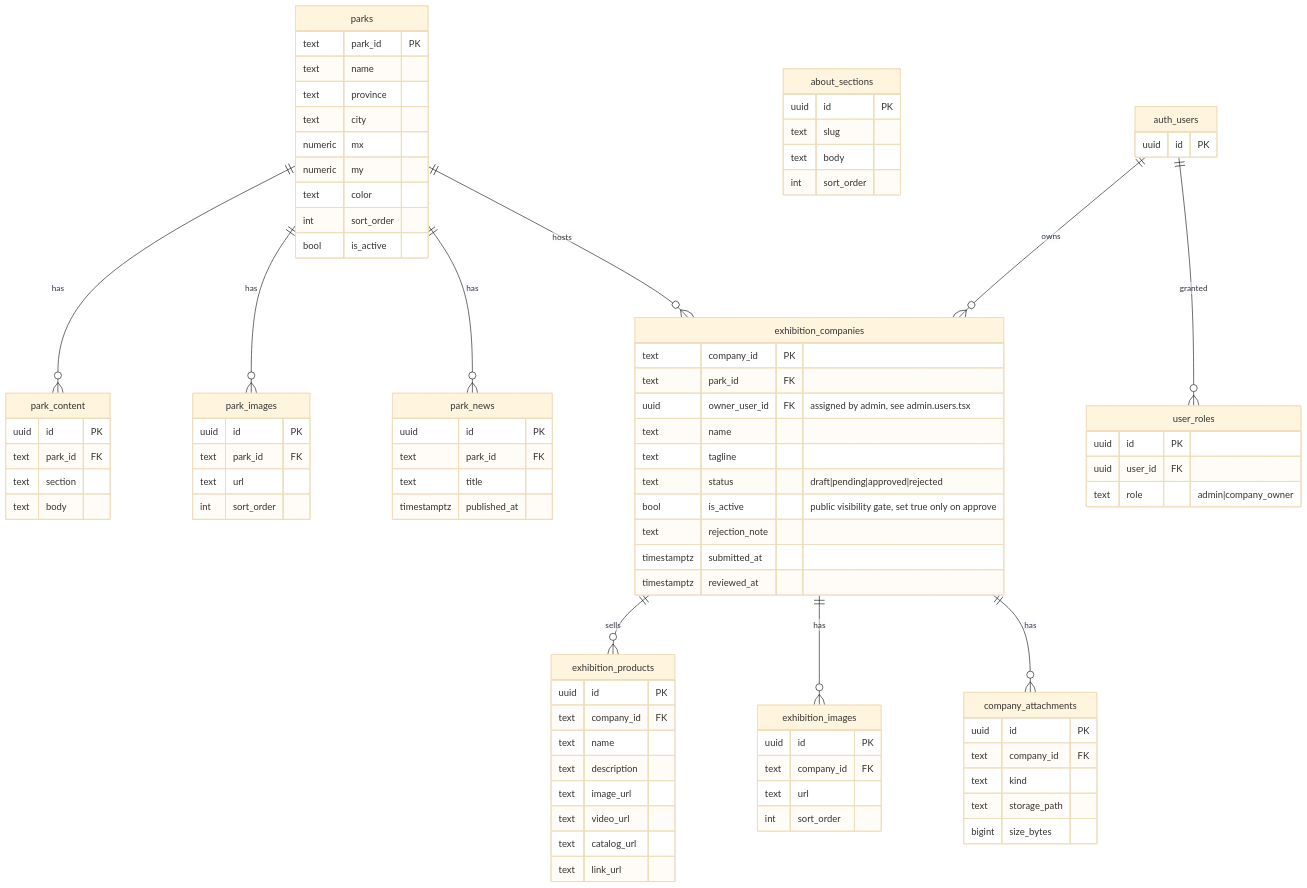
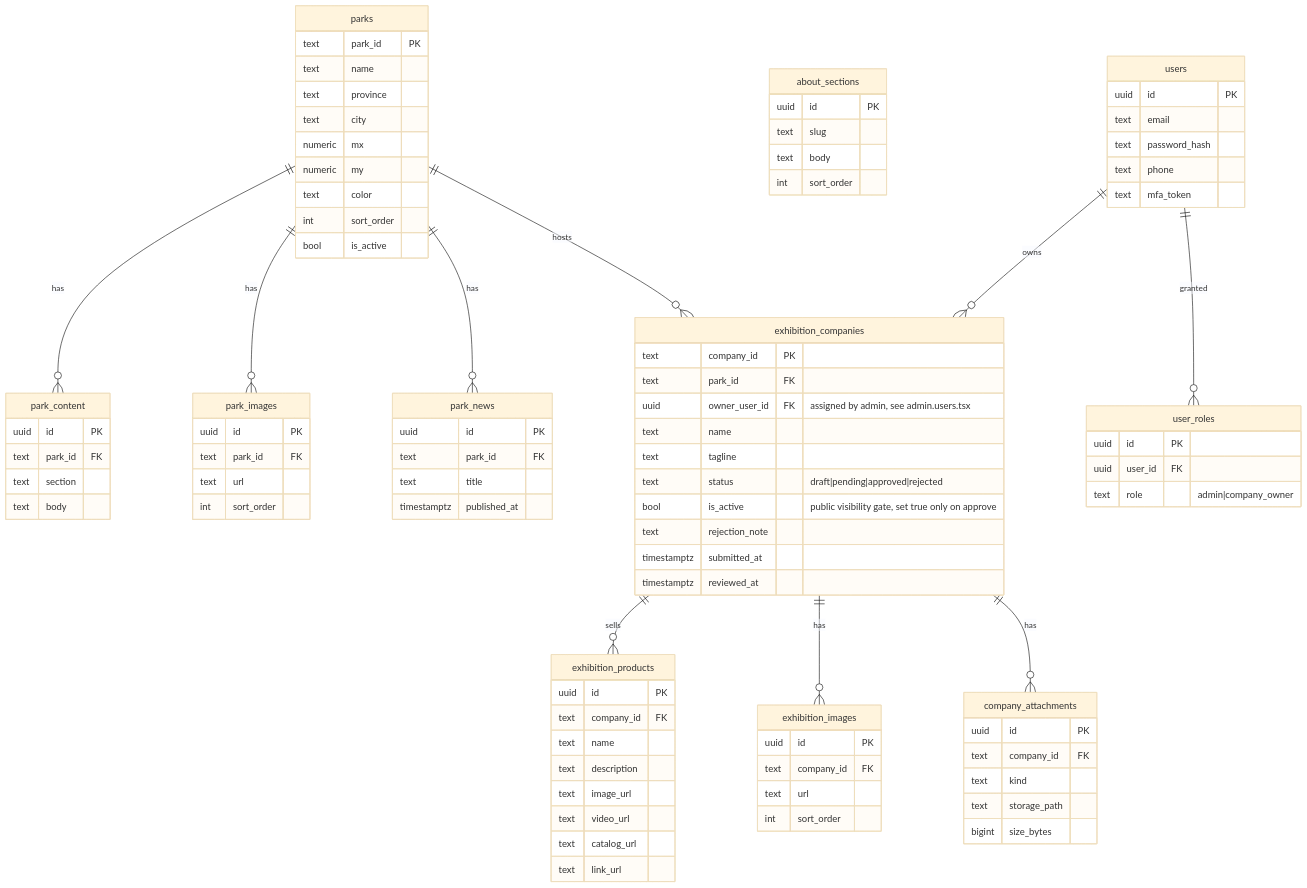
One commit to daneshavaran2/parkfava changed the fifth of 10 diagrams in README.md. Above: the diagram before and after it, drawn with Mermaid (base theme). The commit also changed other lines of this file and 2 other files, not shown here.

````diff
--- a/README.md
+++ b/README.md
@@ -382,8 +415,12 @@
     uuid user_id FK
     text role "admin|company_owner"
   }
-  auth_users {
+  users {
     uuid id PK
+    text email
+    text password_hash
+    text phone
+    text mfa_token
   }
 
   parks ||--o{ park_content : has
@@ -393,6 +430,6 @@
   exhibition_companies ||--o{ exhibition_products : sells
   exhibition_companies ||--o{ exhibition_images   : has
   exhibition_companies ||--o{ company_attachments : has
-  auth_users ||--o{ user_roles          : granted
-  auth_users ||--o{ exhibition_companies : owns
+  users ||--o{ user_roles          : granted
+  users ||--o{ exhibition_companies : owns
 ```
````
